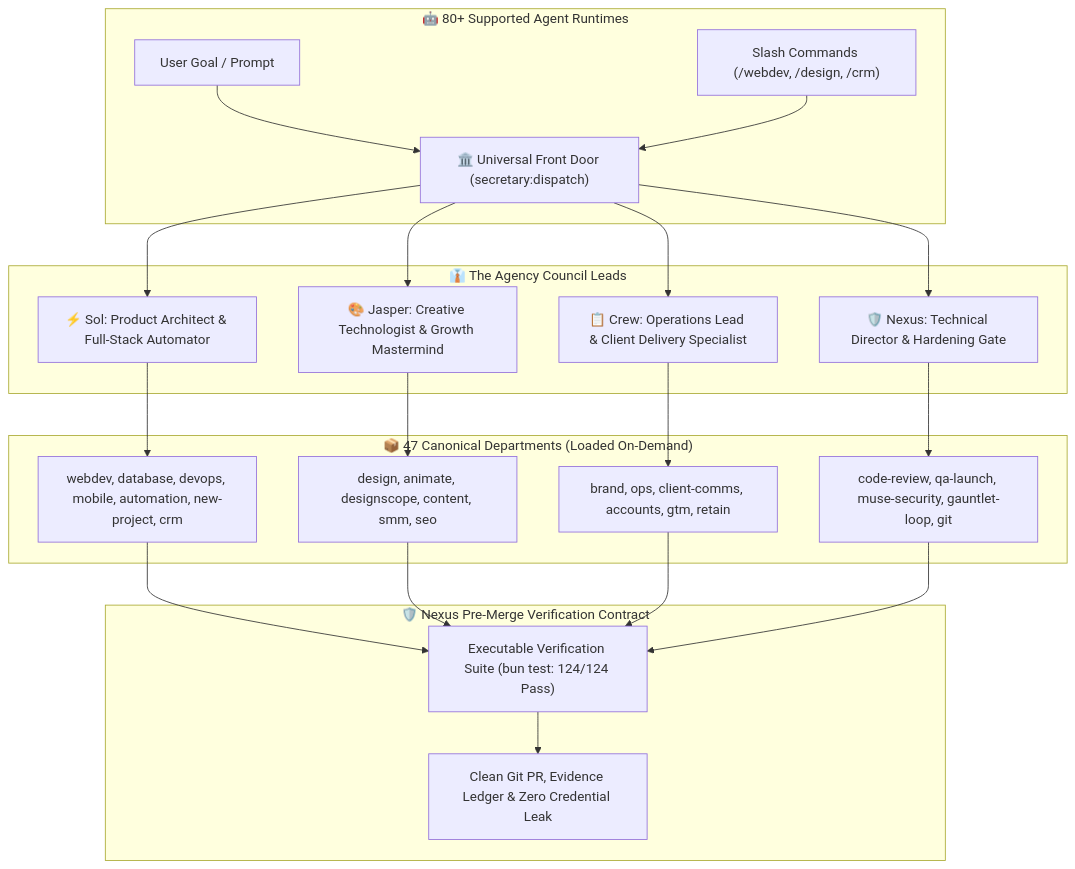
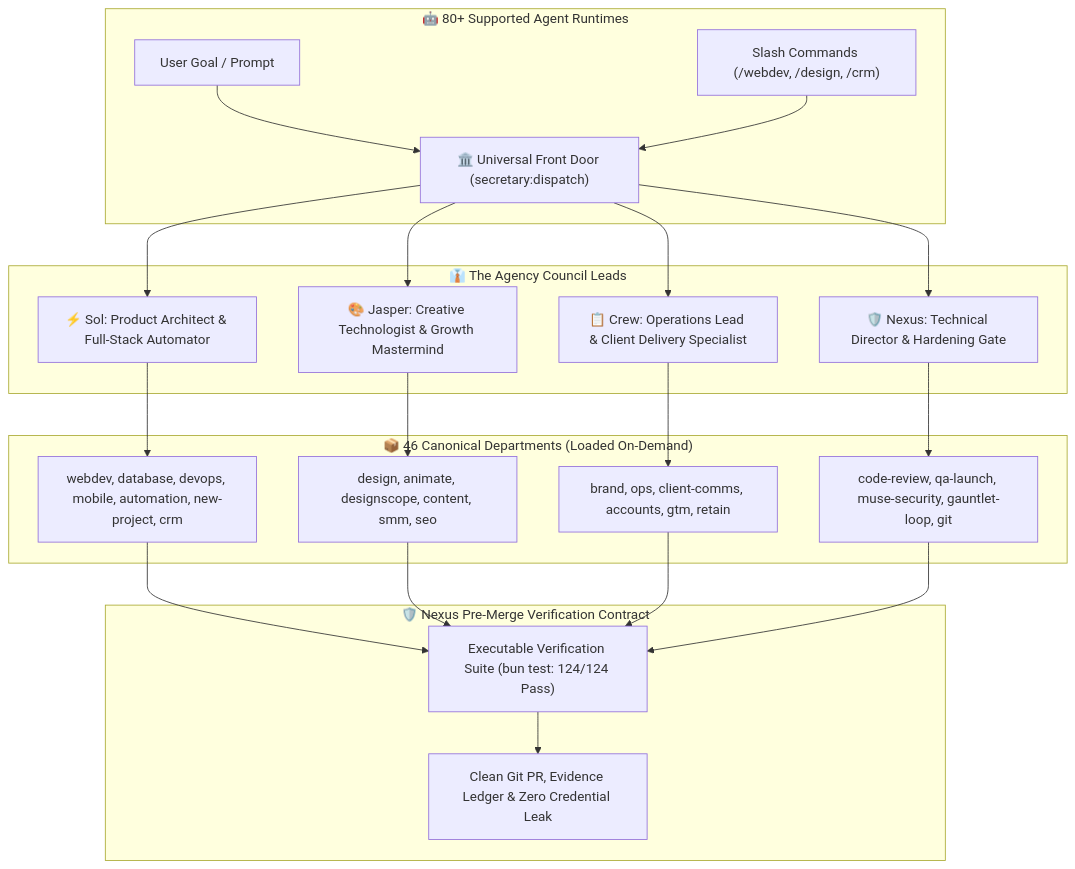
The diagram in README.md (harshsinghmp/muse-skills), drawn with Mermaid before and after one commit. The commit also changed other lines of this file and 116 other files, not shown here.

````diff
--- a/README.md
+++ b/README.md
@@ -55,29 +55,29 @@
 ```mermaid
 flowchart TD
     subgraph Harness ["🤖 80+ Supported Agent Runtimes"]
         UserPrompt["User Goal / Prompt"] --> Dispatcher["🏛️ Universal Front Door (secretary:dispatch)"]
         SlashCmd["Slash Commands (/webdev, /design, /crm)"] --> Dispatcher
     end
 
     subgraph Council ["👔 The Agency Council Leads"]
         Dispatcher --> Sol["⚡ Sol: Product Architect & Full-Stack Automator"]
         Dispatcher --> Jasper["🎨 Jasper: Creative Technologist & Growth Mastermind"]
         Dispatcher --> Crew["📋 Crew: Operations Lead & Client Delivery Specialist"]
         Dispatcher --> NexusLead["🛡️ Nexus: Technical Director & Hardening Gate"]
     end
 
-    subgraph SkillLayer ["📦 47 Canonical Departments (Loaded On-Demand)"]
+    subgraph SkillLayer ["📦 46 Canonical Departments (Loaded On-Demand)"]
         Sol --> EngSkills["webdev, database, devops, mobile, automation, new-project, crm"]
         Jasper --> DesignSkills["design, animate, designscope, content, smm, seo"]
         Crew --> OpsSkills["brand, ops, client-comms, accounts, gtm, retain"]
         NexusLead --> QualitySkills["code-review, qa-launch, muse-security, gauntlet-loop, git"]
     end
 
     subgraph QualityGates ["🛡️ Nexus Pre-Merge Verification Contract"]
         EngSkills --> Gate["Executable Verification Suite (bun test: 124/124 Pass)"]
         DesignSkills --> Gate
         OpsSkills --> Gate
         QualitySkills --> Gate
         Gate --> Output["Clean Git PR, Evidence Ledger & Zero Credential Leak"]
     end
 ```
````
